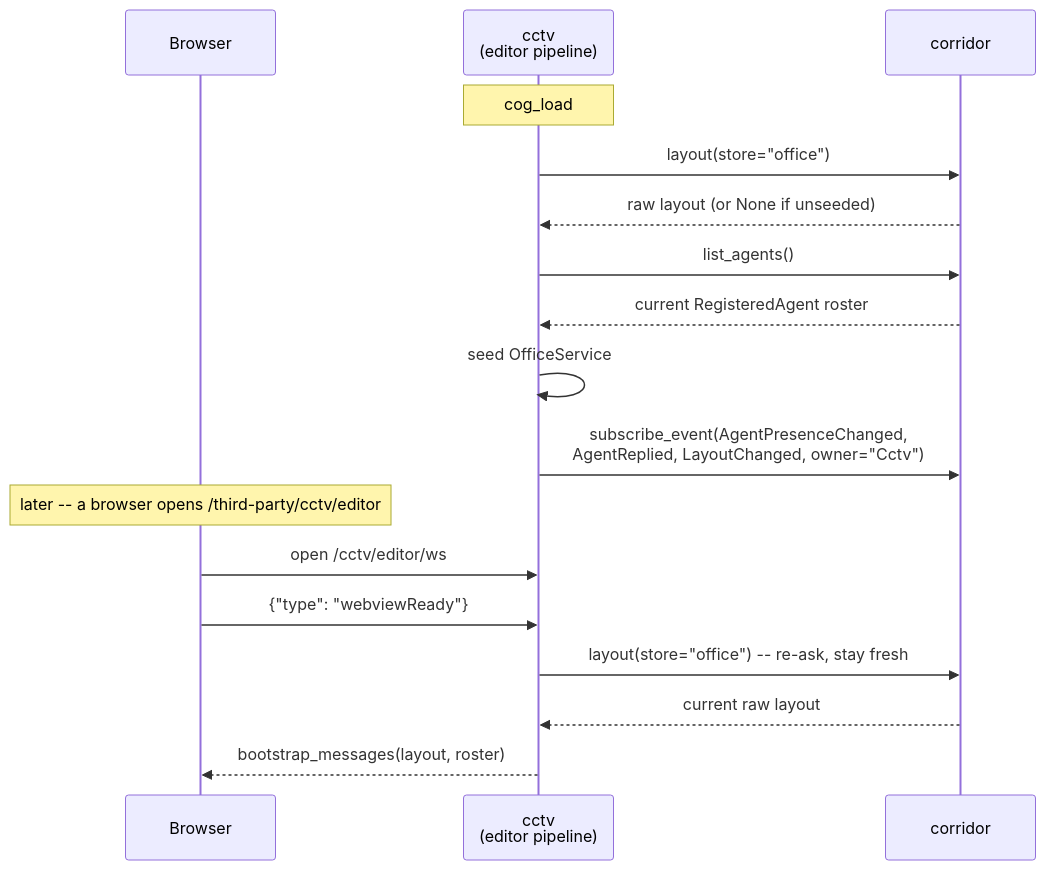
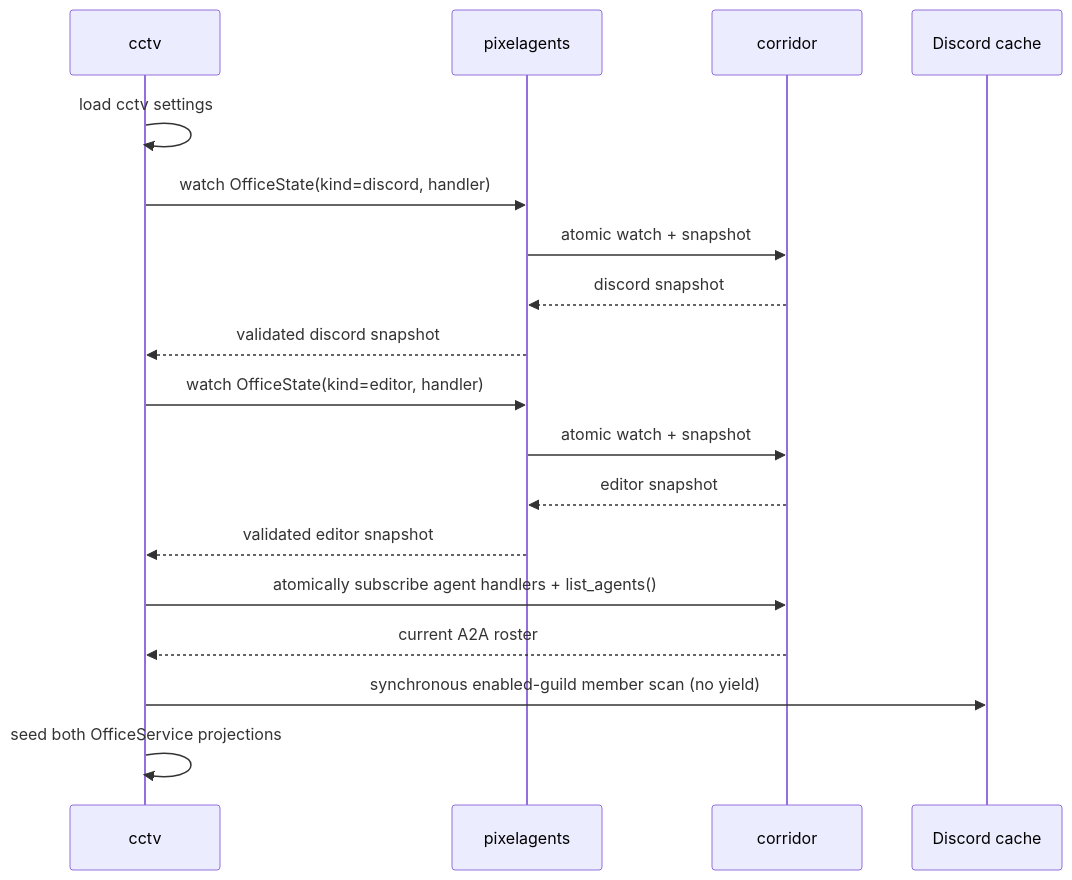
The second of 4 diagrams in docs/cctv-design.md (pixel-agents-hq/pixel-agents-cogs), drawn with Mermaid before and after one commit. The commit also changed other lines of this file, not shown here.

Commit message:
docs: finalize cctv extraction architecture

````diff
--- a/docs/cctv-design.md
+++ b/docs/cctv-design.md
@@ -430,21 +357,21 @@
 ```mermaid
 sequenceDiagram
-    participant B as Browser
-    participant Cctv as cctv<br/>(editor pipeline)
-    participant Cor as corridor
+    participant C as cctv
+    participant P as pixelagents
+    participant R as corridor
+    participant D as Discord cache
 
-    Note over Cctv: cog_load
-    Cctv->>Cor: layout(store="office")
-    Cor-->>Cctv: raw layout (or None if unseeded)
-    Cctv->>Cor: list_agents()
-    Cor-->>Cctv: current RegisteredAgent roster
-    Cctv->>Cctv: seed OfficeService #2's in-memory<br/>roster + layout from both answers
-    Cctv->>Cor: subscribe_event(AgentPresenceChanged,<br/>AgentReplied, LayoutChanged, owner="Cctv")
-
-    Note over B: later -- a browser opens /third-party/cctv/editor
-    B->>Cctv: open /cctv/editor/ws
-    B->>Cctv: {"type": "webviewReady"}
-    Cctv->>Cor: layout(store="office") -- re-ask, stay fresh
-    Cor-->>Cctv: current raw layout
-    Cctv-->>B: bootstrap_messages(layout, roster)
+    C->>C: load cctv settings
+    C->>P: watch OfficeState(kind=discord, handler)
+    P->>R: atomic watch + snapshot
+    R-->>P: discord snapshot
+    P-->>C: validated discord snapshot
+    C->>P: watch OfficeState(kind=editor, handler)
+    P->>R: atomic watch + snapshot
+    R-->>P: editor snapshot
+    P-->>C: validated editor snapshot
+    C->>R: atomically subscribe agent handlers + list_agents()
+    R-->>C: current A2A roster
+    C->>D: synchronous enabled-guild member scan (no yield)
+    C->>C: seed both OfficeService projections
 ```
````
